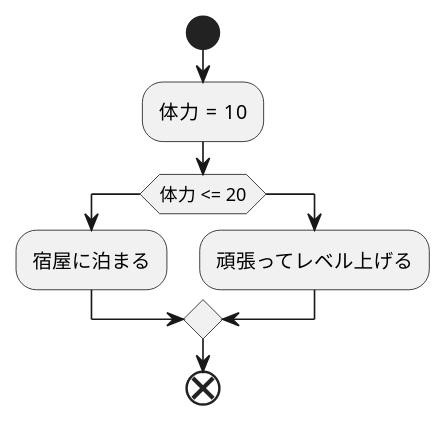
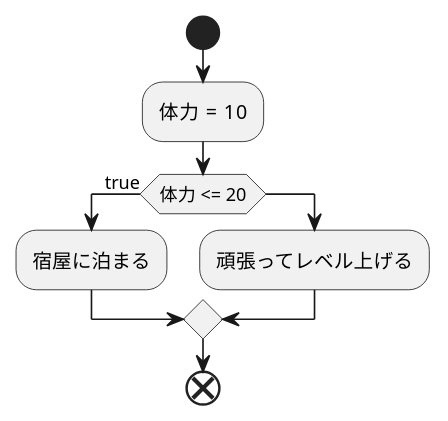
One commit to Aso2001392/2021sys-design changed the diagram in kadai1.md. Above: the diagram before and after it, drawn with PlantUML. The commit also changed other lines of this file, not shown here.

````diff
--- a/kadai1.md
+++ b/kadai1.md
@@ -1,14 +1,14 @@
 ```uml
 @startuml
 start
 :体力  = 10;
 
-if(体力 <= 20)
+if(体力 <= 20)then(true)
 :宿屋に泊まる;
 else
 :頑張ってレベル上げる;
 endif
 
 end
 @enduml
 ```
````
